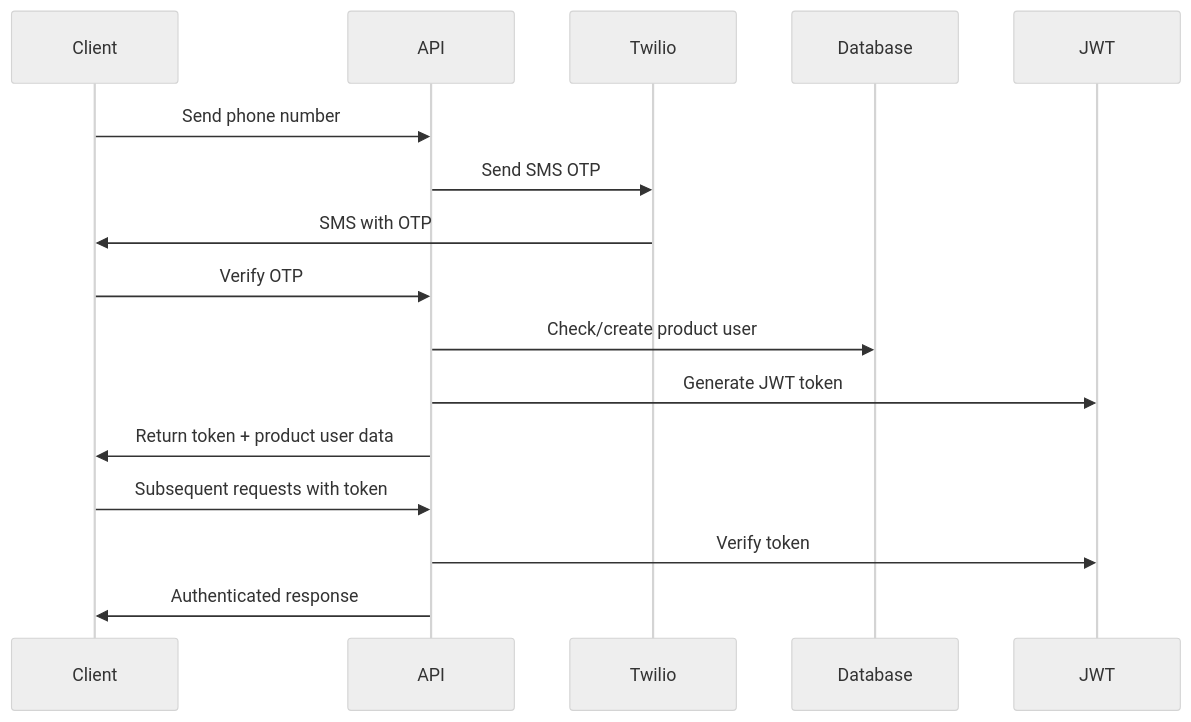
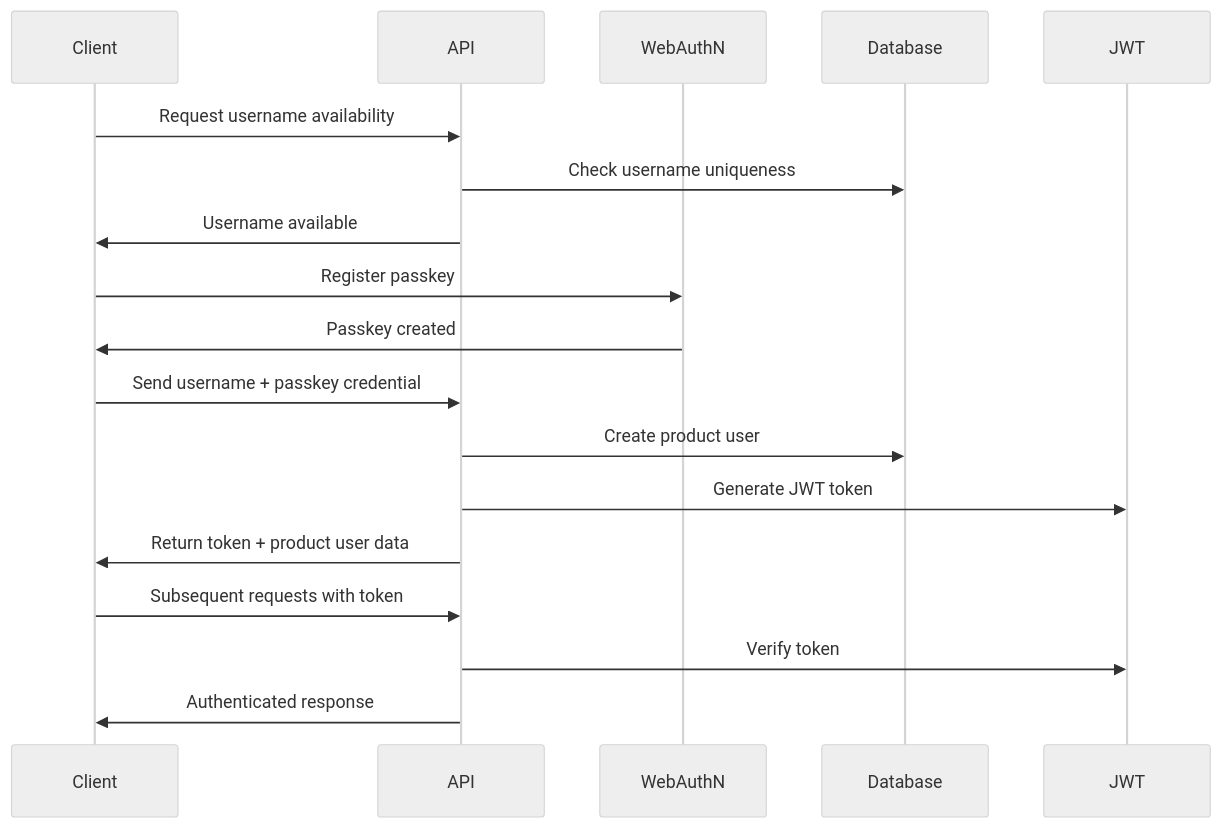
Before and after one commit to justinsisley/workout: the diagram in docs/architecture/backend-architecture.md, drawn with Mermaid (neutral theme). The commit also changed other lines of this file and 44 other files, not shown here.

````diff
--- a/docs/architecture/backend-architecture.md
+++ b/docs/architecture/backend-architecture.md
@@ -176,19 +176,21 @@
 ```mermaid
 sequenceDiagram
     participant C as Client
     participant A as API
-    participant T as Twilio
+    participant W as WebAuthN
     participant D as Database
     participant J as JWT
 
-    C->>A: Send phone number
-    A->>T: Send SMS OTP
-    T->>C: SMS with OTP
-    C->>A: Verify OTP
-    A->>D: Check/create product user
+    C->>A: Request username availability
+    A->>D: Check username uniqueness
+    A->>C: Username available
+    C->>W: Register passkey
+    W->>C: Passkey created
+    C->>A: Send username + passkey credential
+    A->>D: Create product user
     A->>J: Generate JWT token
     A->>C: Return token + product user data
     C->>A: Subsequent requests with token
     A->>J: Verify token
     A->>C: Authenticated response
 ```
````
